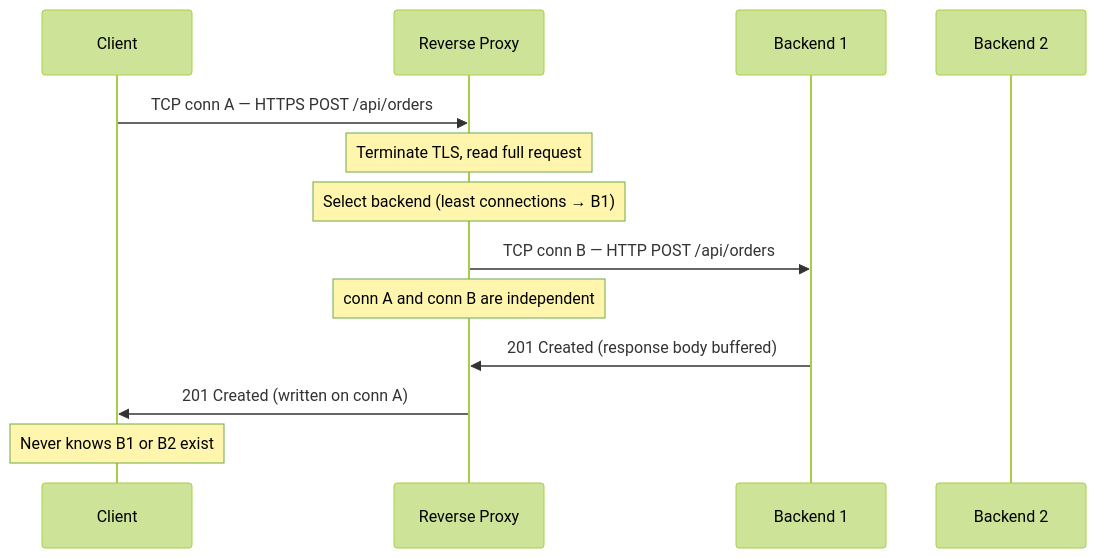
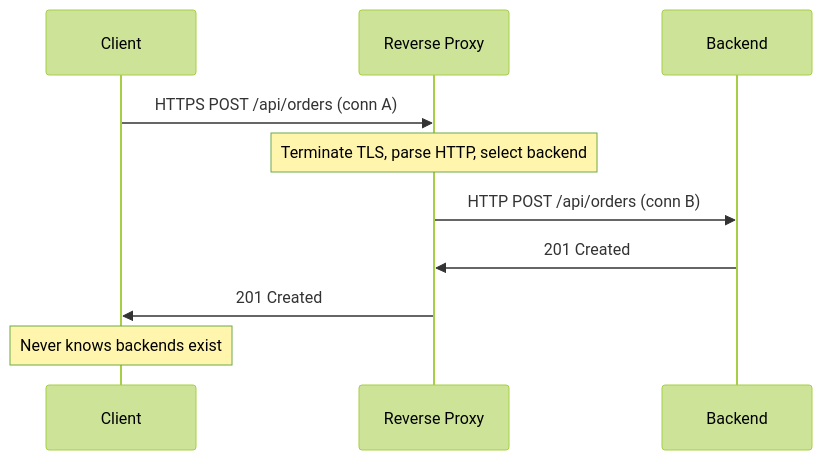
The second of 2 diagrams in content/design-concepts/networking/reverse-proxy.md (sharief007/dev-docs), drawn with Mermaid (forest theme) before and after one commit. The commit also changed other lines of this file and 91 other files, not shown here.

````diff
--- a/content/design-concepts/networking/reverse-proxy.md
+++ b/content/design-concepts/networking/reverse-proxy.md
@@ -73,16 +44,13 @@
 ```mermaid
 sequenceDiagram
     participant C as Client
     participant R as Reverse Proxy
-    participant B1 as Backend 1
-    participant B2 as Backend 2
+    participant B as Backend
 
-    C->>R: TCP conn A — HTTPS POST /api/orders
-    Note over R: Terminate TLS, read full request
-    Note over R: Select backend (least connections → B1)
-    R->>B1: TCP conn B — HTTP POST /api/orders
-    Note over R: conn A and conn B are independent
-    B1->>R: 201 Created (response body buffered)
-    R->>C: 201 Created (written on conn A)
-    Note over C: Never knows B1 or B2 exist
+    C->>R: HTTPS POST /api/orders (conn A)
+    Note over R: Terminate TLS, parse HTTP, select backend
+    R->>B: HTTP POST /api/orders (conn B)
+    B->>R: 201 Created
+    R->>C: 201 Created
+    Note over C: Never knows backends exist
 ```
````
